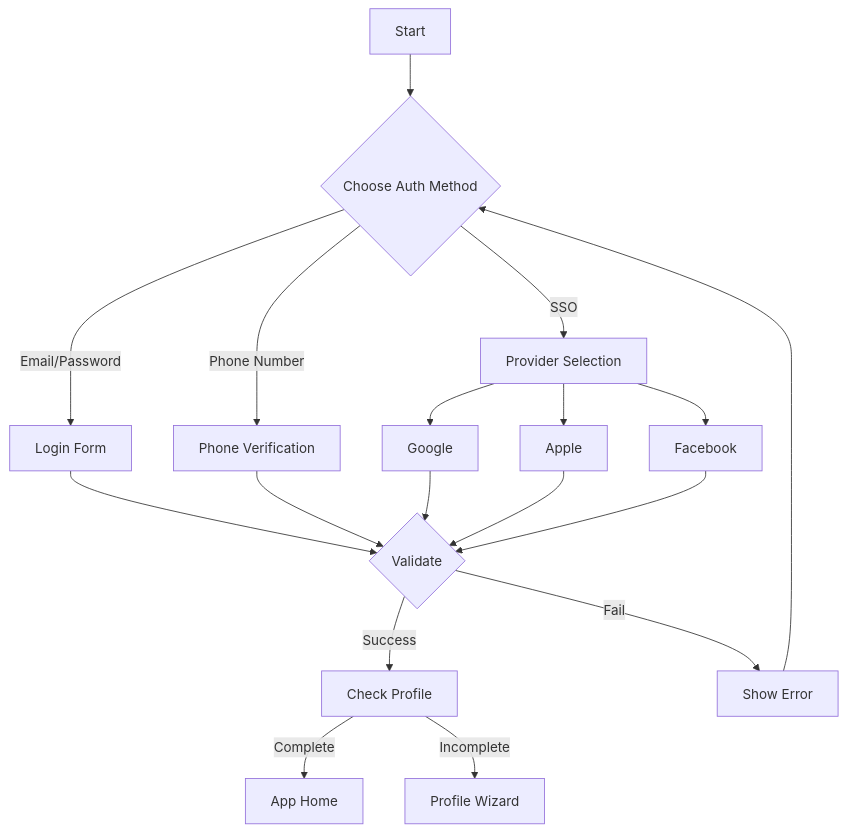
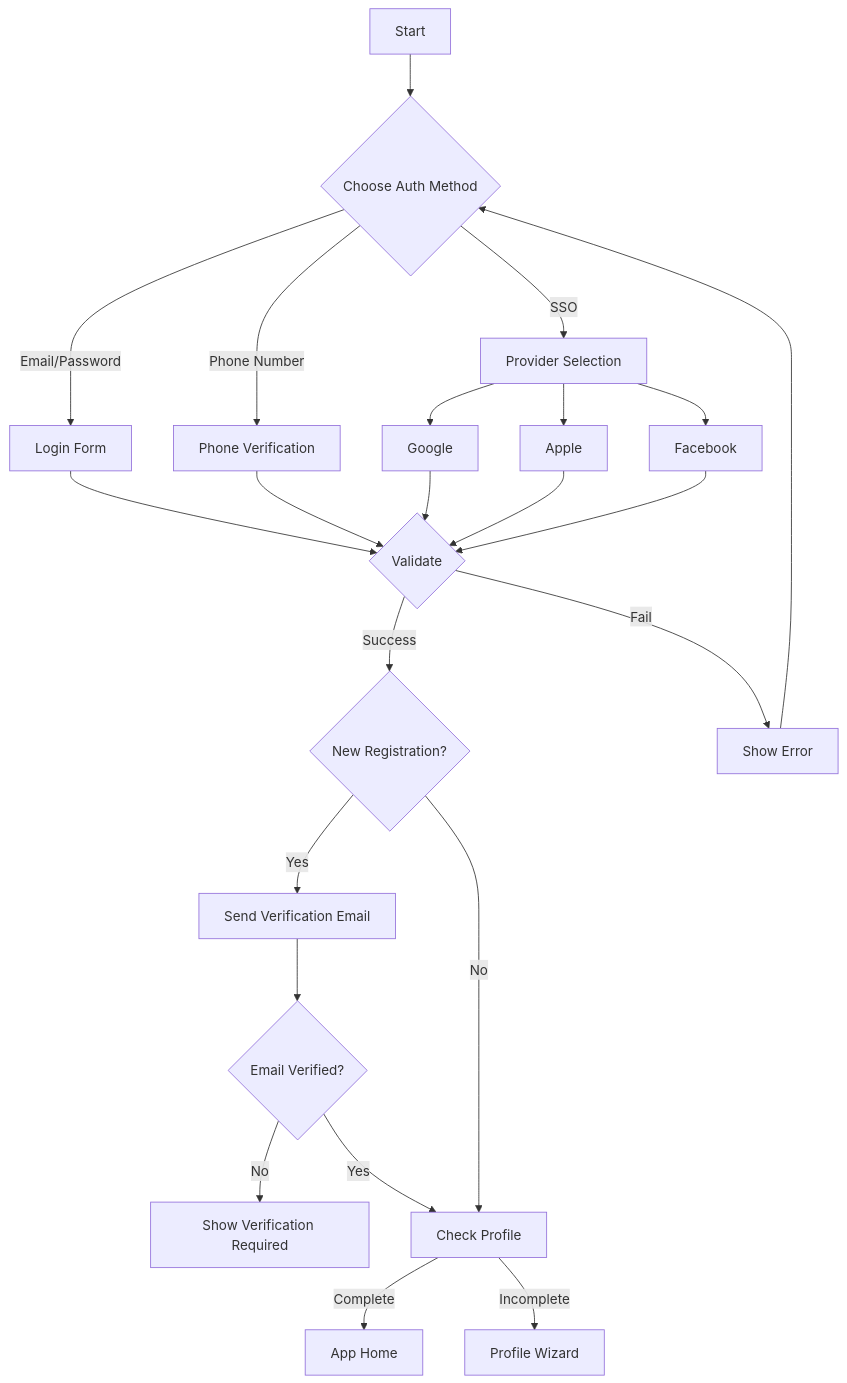
One commit to sydfernandes/rorny changed the first of 2 diagrams in docs/(Flows)/authentication-flow.md. Above: the diagram before and after it, drawn with Mermaid. The commit also changed other lines of this file and 23 other files, not shown here.

First line of the commit message:
feat(auth): enhance authentication flow with email verification and profile tracking

````diff
--- a/docs/(Flows)/authentication-flow.md
+++ b/docs/(Flows)/authentication-flow.md
@@ -51,23 +57,29 @@
 ```mermaid
 graph TD
     A[Start] --> B{Choose Auth Method}
     B -->|Email/Password| C[Login Form]
     B -->|Phone Number| D[Phone Verification]
     B -->|SSO| E[Provider Selection]
     E --> F[Google]
     E --> G[Apple]
     E --> H[Facebook]
     
     C --> I{Validate}
     D --> I
     F --> I
     G --> I
     H --> I
     
-    I -->|Success| J[Check Profile]
+    I -->|Success| N{New Registration?}
     I -->|Fail| K[Show Error]
     K --> B
+    
+    N -->|Yes| O[Send Verification Email]
+    O --> P{Email Verified?}
+    P -->|No| Q[Show Verification Required]
+    P -->|Yes| J[Check Profile]
+    N -->|No| J
     
     J -->|Complete| L[App Home]
     J -->|Incomplete| M[Profile Wizard]
 ```
````
